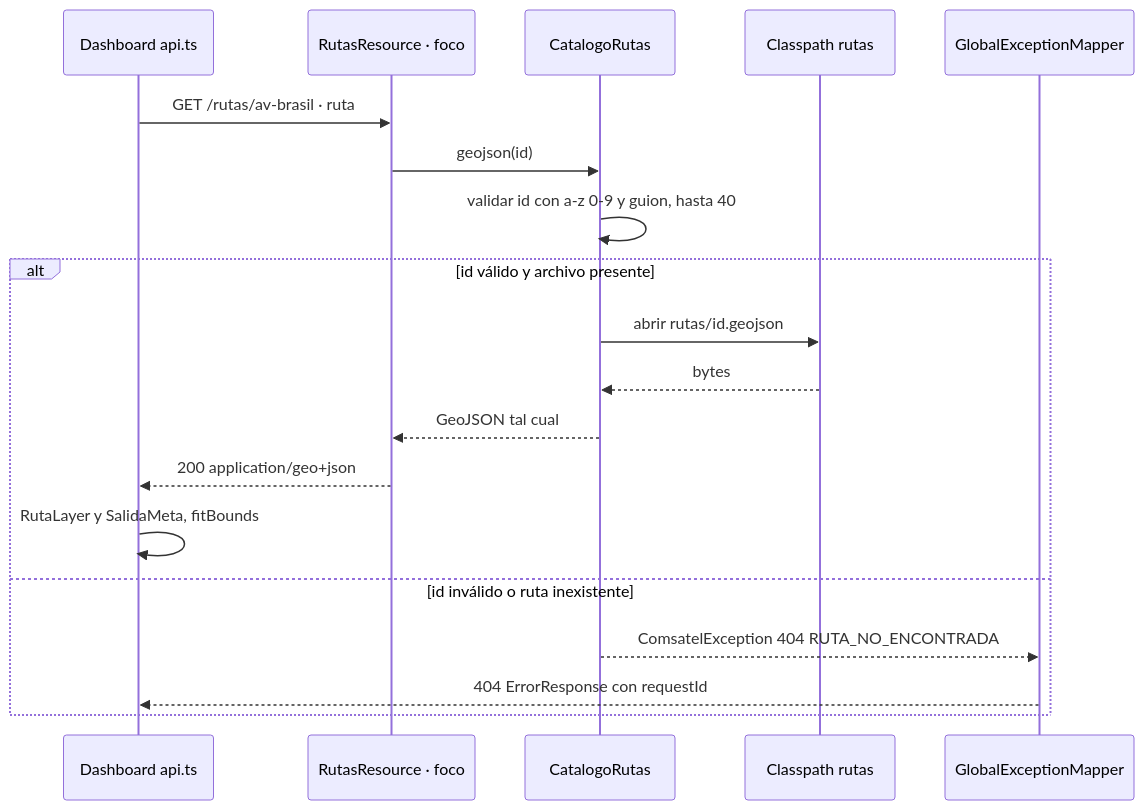
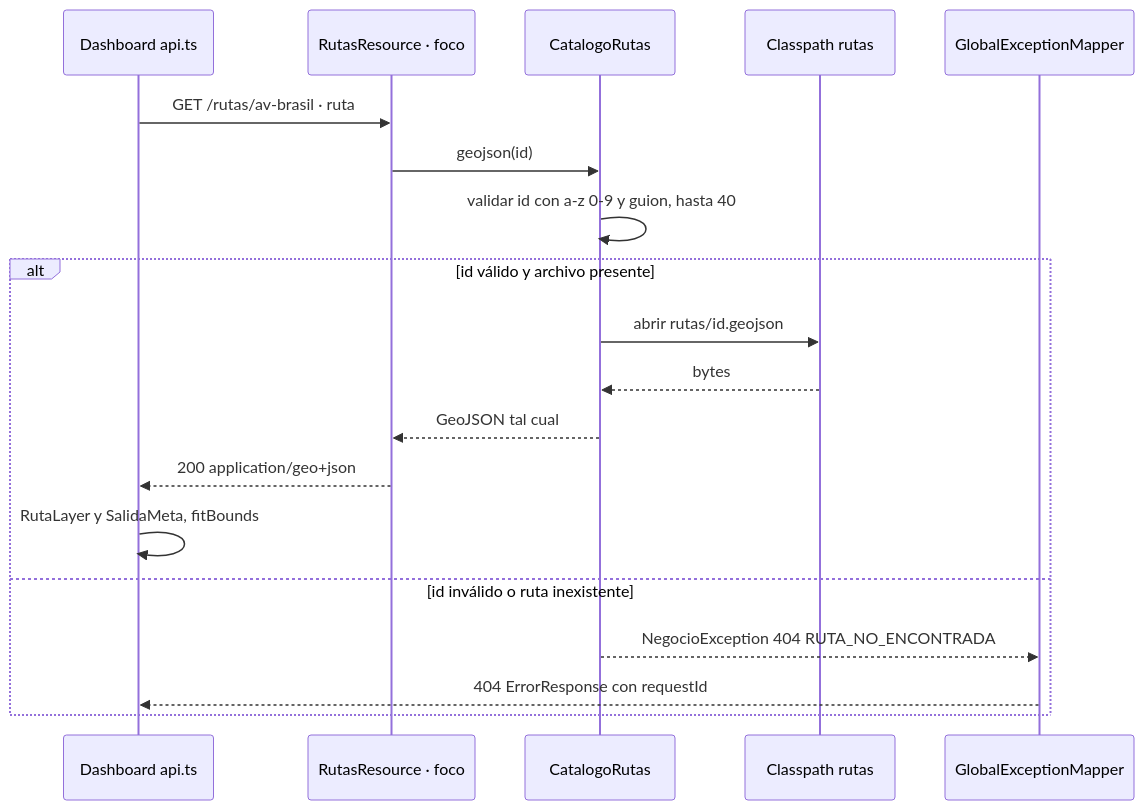
The diagram in docs/c4/diagrams/sequences/get-rutas-id.mmd (devbryan02/telemetry-flink-quarkus), drawn with Mermaid before and after one commit. The commit also changed 27 other files, not shown here.

```diff
--- a/docs/c4/diagrams/sequences/get-rutas-id.mmd
+++ b/docs/c4/diagrams/sequences/get-rutas-id.mmd
@@ -1,20 +1,20 @@
 %%{init: {'themeCSS': 'rect.actor{stroke:#616161;stroke-width:2px;} rect.actor[name="R"]{stroke:#B71C1C !important;stroke-width:4px !important;}'}}%%
 sequenceDiagram
   participant C as Dashboard api.ts
   participant R as RutasResource · foco
   participant CAT as CatalogoRutas
   participant CP as Classpath rutas
   participant E as GlobalExceptionMapper
   C->>R: GET /rutas/av-brasil · ruta
   R->>CAT: geojson(id)
   CAT->>CAT: validar id con a-z 0-9 y guion, hasta 40
   alt id válido y archivo presente
     CAT->>CP: abrir rutas/id.geojson
     CP-->>CAT: bytes
     CAT-->>R: GeoJSON tal cual
     R-->>C: 200 application/geo+json
     C->>C: RutaLayer y SalidaMeta, fitBounds
   else id inválido o ruta inexistente
-    CAT-->>E: ComsatelException 404 RUTA_NO_ENCONTRADA
+    CAT-->>E: NegocioException 404 RUTA_NO_ENCONTRADA
     E-->>C: 404 ErrorResponse con requestId
   end
```
